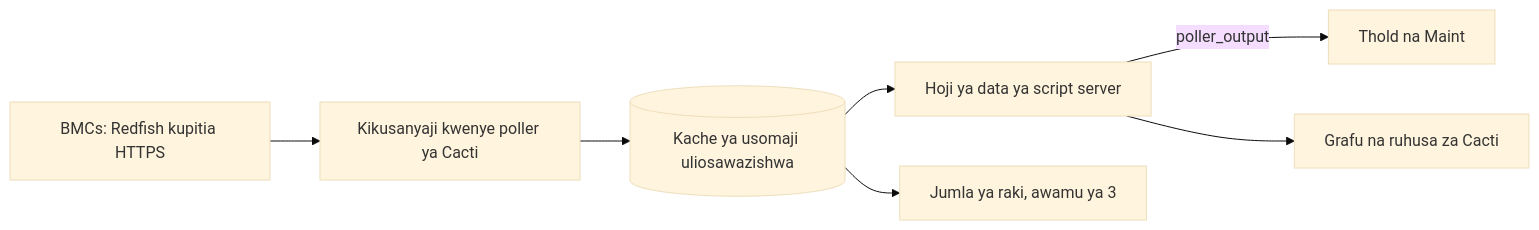
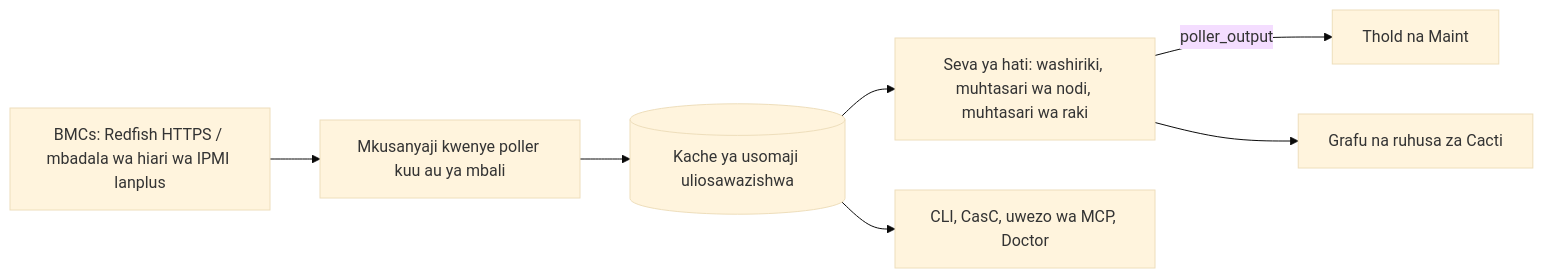
The diagram in docs/i18n/sw-KE/README.md (somethingwithproof/plugin_redfish), drawn with Mermaid (base theme) before and after one commit. The commit also changed other lines of this file and 47 other files, not shown here.

````diff
--- a/docs/i18n/sw-KE/README.md
+++ b/docs/i18n/sw-KE/README.md
@@ -100,9 +140,9 @@
 ```mermaid
 flowchart LR
-    BMC[BMCs: Redfish kupitia HTTPS] --> C[Kikusanyaji kwenye poller ya Cacti]
+    BMC["BMCs: Redfish HTTPS / mbadala wa hiari wa IPMI lanplus"] --> C[Mkusanyaji kwenye poller kuu au ya mbali]
     C --> CACHE[(Kache ya usomaji uliosawazishwa)]
-    CACHE --> SS[Hoji ya data ya script server]
+    CACHE --> SS["Seva ya hati: washiriki, muhtasari wa nodi, muhtasari wa raki"]
     SS -->|poller_output| T[Thold na Maint]
     SS --> G[Grafu na ruhusa za Cacti]
-    CACHE --> R[Jumla ya raki, awamu ya 3]
+    CACHE --> ECO["CLI, CasC, uwezo wa MCP, Doctor"]
 ```
````
